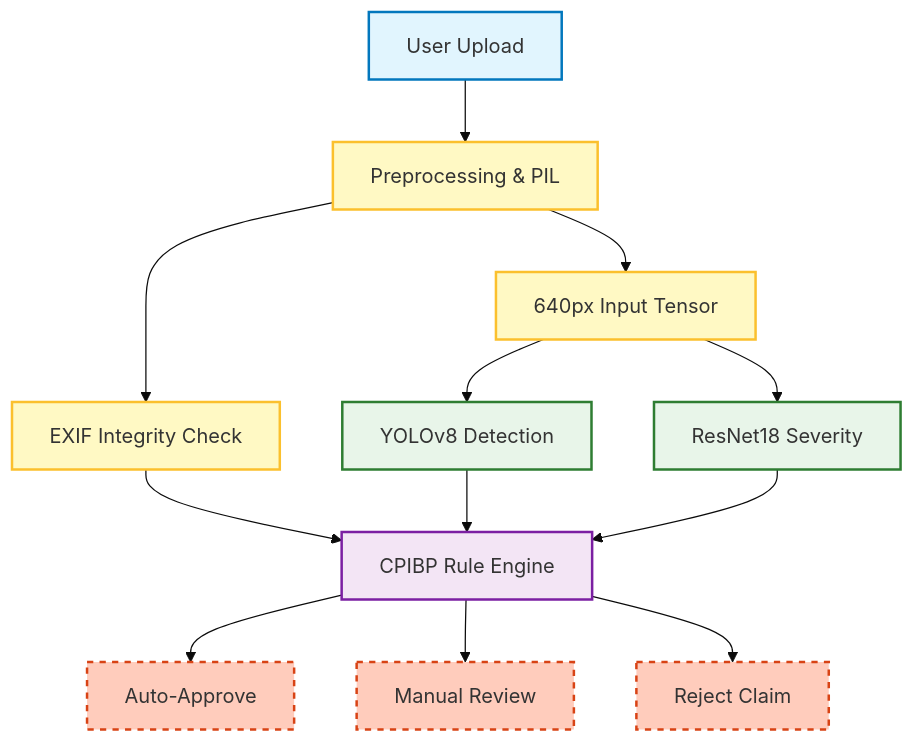
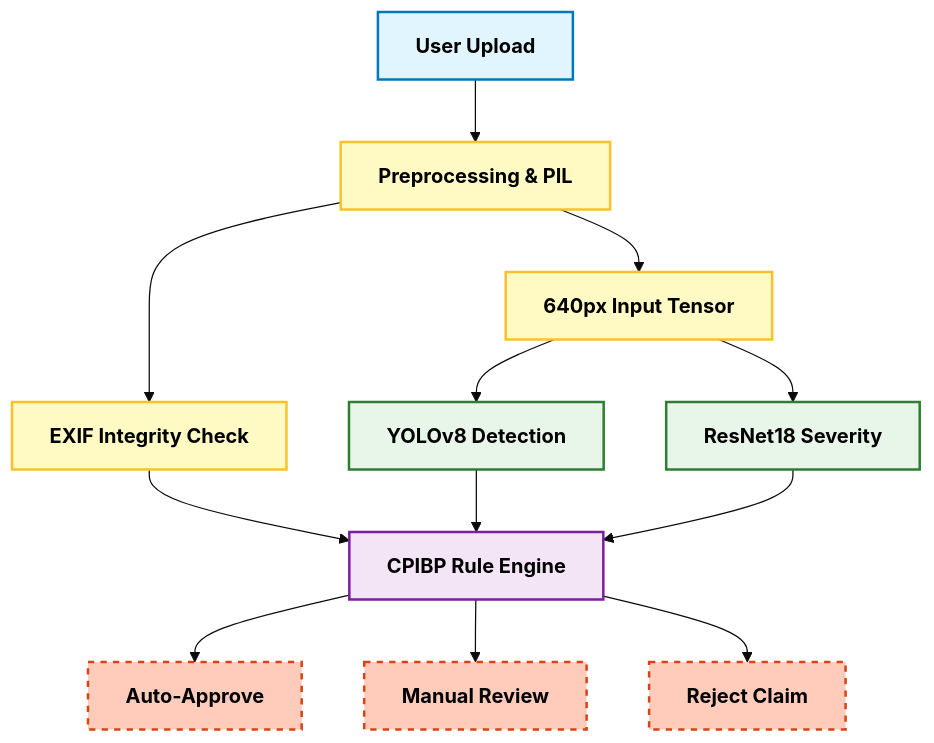
One commit to Ravi-Kishan-Kumar/ClaimsAI changed the diagram in README.md. Above: the diagram before and after it, drawn with Mermaid (base theme).

Commit message:
Improved diagram text visibility

````diff
--- a/README.md
+++ b/README.md
@@ -17,23 +17,23 @@
 ```mermaid
 graph TD
-    classDef frontend fill:#e1f5fe,stroke:#0277bd,stroke-width:2px;
-    classDef process fill:#fff9c4,stroke:#fbc02d,stroke-width:2px;
-    classDef ai fill:#e8f5e9,stroke:#2e7d32,stroke-width:2px;
-    classDef logic fill:#f3e5f5,stroke:#7b1fa2,stroke-width:2px;
-    classDef decision fill:#ffccbc,stroke:#d84315,stroke-width:2px,stroke-dasharray: 5 5;
+    classDef frontend fill:#e1f5fe,stroke:#0277bd,stroke-width:2px,color:#000,font-weight:bold;
+    classDef process fill:#fff9c4,stroke:#fbc02d,stroke-width:2px,color:#000,font-weight:bold;
+    classDef ai fill:#e8f5e9,stroke:#2e7d32,stroke-width:2px,color:#000,font-weight:bold;
+    classDef logic fill:#f3e5f5,stroke:#7b1fa2,stroke-width:2px,color:#000,font-weight:bold;
+    classDef decision fill:#ffccbc,stroke:#d84315,stroke-width:2px,stroke-dasharray: 5 5,color:#000,font-weight:bold;
 
     User[User Upload]:::frontend --> Pre[Preprocessing & PIL]:::process
     Pre --> EXIF[EXIF Integrity Check]:::process
     Pre --> Tensor[640px Input Tensor]:::process
     
     Tensor --> YOLO[YOLOv8 Detection]:::ai
     Tensor --> CNN[ResNet18 Severity]:::ai
     
     EXIF --> Rule[CPIBP Rule Engine]:::logic
     YOLO --> Rule
     CNN --> Rule
     
     Rule --> Auto[Auto-Approve]:::decision
     Rule --> Manual[Manual Review]:::decision
     Rule --> Reject[Reject Claim]:::decision
 ```
````
